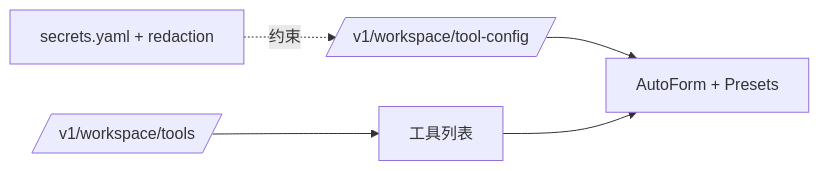
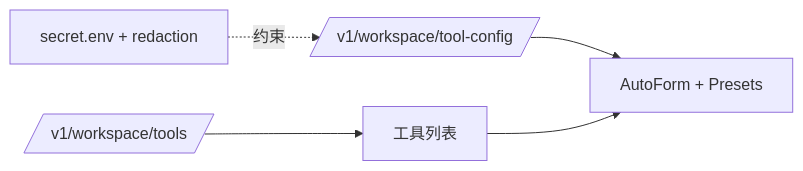
One commit to StrayDragon/crystalith changed the third of 3 diagrams in openspec/changes/c2167-frontend-error-ux-and-recovery-actions/proposal.md. Above: the diagram before and after it, drawn with Mermaid. The commit also changed other lines of this file and 12 other files, not shown here.

````diff
--- a/openspec/changes/c2167-frontend-error-ux-and-recovery-actions/proposal.md
+++ b/openspec/changes/c2167-frontend-error-ux-and-recovery-actions/proposal.md
@@ -83,7 +83,7 @@
 ```mermaid
 flowchart LR
   API[/v1/workspace/tools/] --> LIST[工具列表]
   CFG[/v1/workspace/tool-config/] --> FORM[AutoForm + Presets]
   LIST --> FORM
-  SEC[secrets.yaml + redaction] -.约束.-> CFG
+  SEC[secret.env + redaction] -.约束.-> CFG
 ```
````
